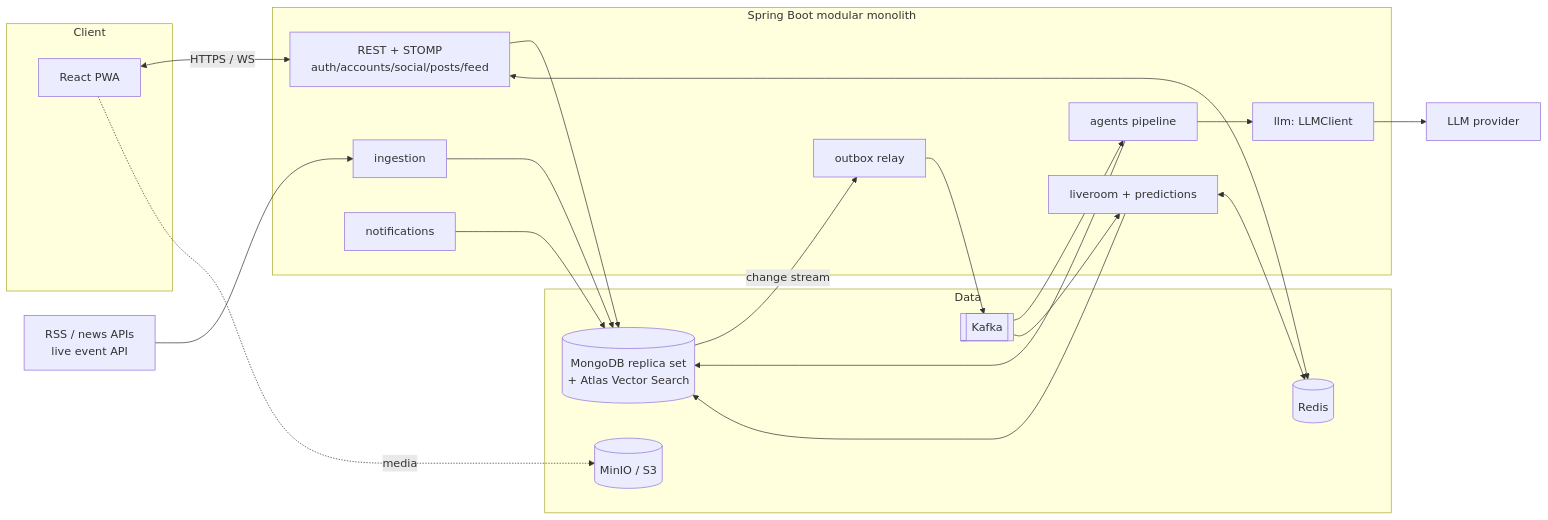
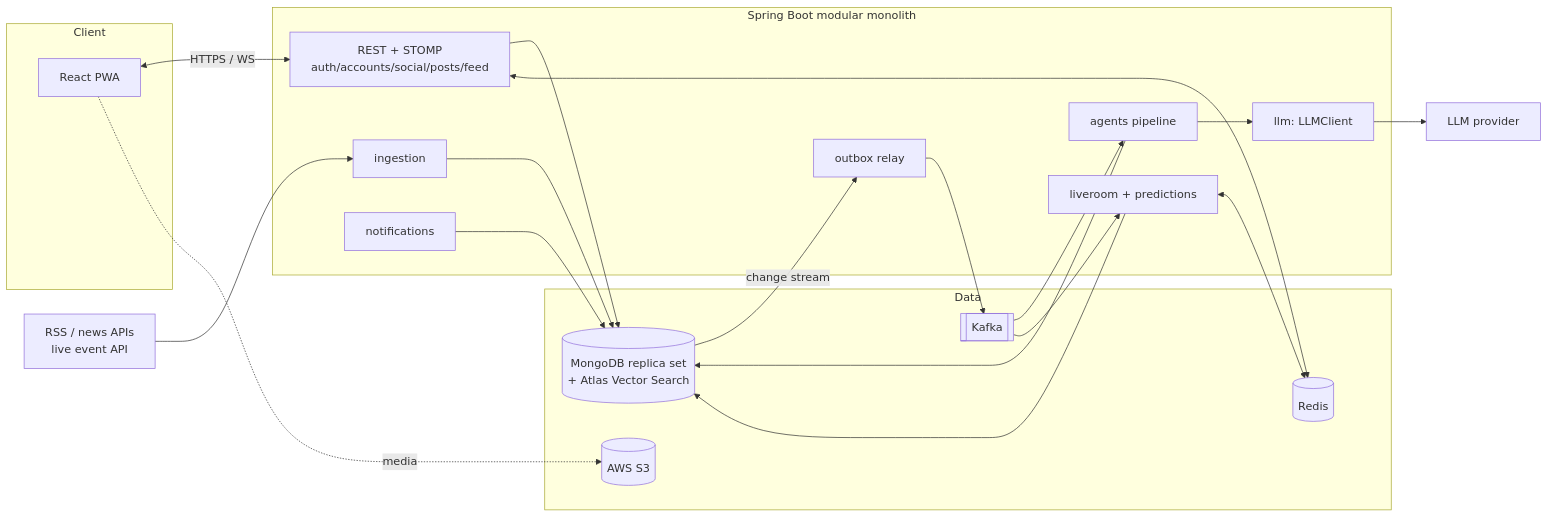
One commit to piyushjoshi01/fannet changed the first of 2 diagrams in docs/architecture.md. Above: the diagram before and after it, drawn with Mermaid. The commit also changed other lines of this file and 6 other files, not shown here.

Commit message:
feat(infra): add Docker Compose for MongoDB Atlas local, Redis and Kafka; use AWS S3 instead of MinIO (task 1.2)

````diff
--- a/docs/architecture.md
+++ b/docs/architecture.md
@@ -43,38 +43,38 @@
 ```mermaid
 flowchart LR
   subgraph Client
     PWA[React PWA]
   end
   subgraph Backend["Spring Boot modular monolith"]
     API[REST + STOMP\nauth/accounts/social/posts/feed]
     ING[ingestion]
     AGT[agents pipeline]
     LLM[llm: LLMClient]
     LIVE[liveroom + predictions]
     NOTIF[notifications]
     RELAY[outbox relay]
   end
   subgraph Data
     M[(MongoDB replica set\n+ Atlas Vector Search)]
     R[(Redis)]
     K[[Kafka]]
-    S3[(MinIO / S3)]
+    S3[(AWS S3)]
   end
   EXT[RSS / news APIs\nlive event API]
   LLMP[LLM provider]
 
   PWA <-->|HTTPS / WS| API
   EXT --> ING
   ING --> M
   M -- change stream --> RELAY --> K
   K --> AGT
   AGT --> LLM --> LLMP
   AGT --> M
   K --> LIVE
   LIVE <--> R
   LIVE --> M
   API --> M
   API <--> R
   NOTIF --> M
   PWA -. media .-> S3
 ```
````
